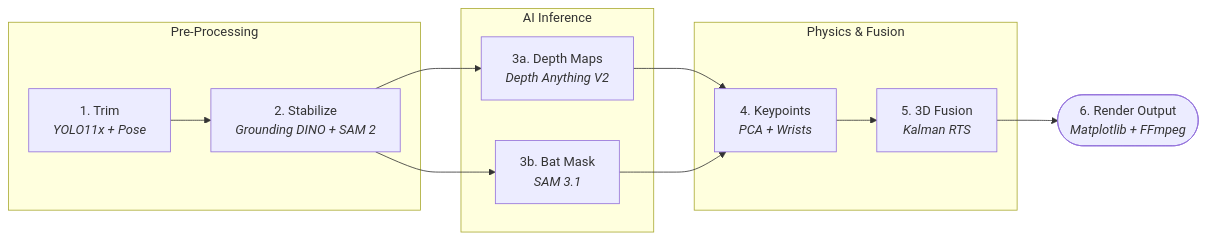
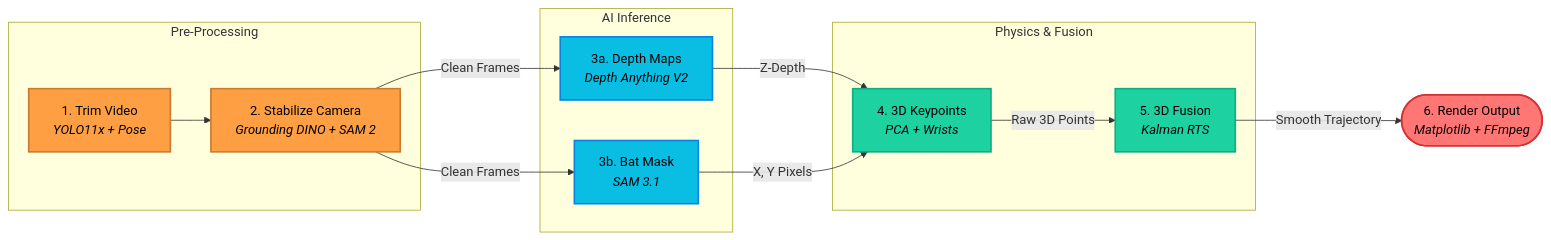
Before and after one commit to adnanmsk/blog_privew: the diagram in blog_draft_2.md, drawn with Mermaid.

Commit message:
Enhance Mermaid diagram with colors and data flow labels

````diff
--- a/blog_draft_2.md
+++ b/blog_draft_2.md
@@ -49,19 +49,25 @@
 ```mermaid
 graph LR
+    %% Style Definitions
+    classDef prep fill:#ff9f43,stroke:#c87b32,color:#000,stroke-width:2px;
+    classDef infer fill:#0abde3,stroke:#0984e3,color:#000,stroke-width:2px;
+    classDef phys fill:#1dd1a1,stroke:#10ac84,color:#000,stroke-width:2px;
+    classDef out fill:#ff7675,stroke:#d63031,color:#000,stroke-width:2px;
+
     subgraph Pre-Processing
-        T[1. Trim<br><i>YOLO11x + Pose</i>] --> S[2. Stabilize<br><i>Grounding DINO + SAM 2</i>]
+        T[1. Trim Video<br><i>YOLO11x + Pose</i>]:::prep --> S[2. Stabilize Camera<br><i>Grounding DINO + SAM 2</i>]:::prep
     end
     
     subgraph AI Inference
-        S --> D[3a. Depth Maps<br><i>Depth Anything V2</i>]
-        S --> Seg[3b. Bat Mask<br><i>SAM 3.1</i>]
+        S -- "Clean Frames" --> D[3a. Depth Maps<br><i>Depth Anything V2</i>]:::infer
+        S -- "Clean Frames" --> Seg[3b. Bat Mask<br><i>SAM 3.1</i>]:::infer
     end
     
     subgraph Physics & Fusion
-        D --> K[4. Keypoints<br><i>PCA + Wrists</i>]
-        Seg --> K
-        K --> F[5. 3D Fusion<br><i>Kalman RTS</i>]
+        D -- "Z-Depth" --> K[4. 3D Keypoints<br><i>PCA + Wrists</i>]:::phys
+        Seg -- "X, Y Pixels" --> K
+        K -- "Raw 3D Points" --> F[5. 3D Fusion<br><i>Kalman RTS</i>]:::phys
     end
     
-    F --> R([6. Render Output<br><i>Matplotlib + FFmpeg</i>])
+    F -- "Smooth Trajectory" --> R([6. Render Output<br><i>Matplotlib + FFmpeg</i>]):::out
 ```
````
